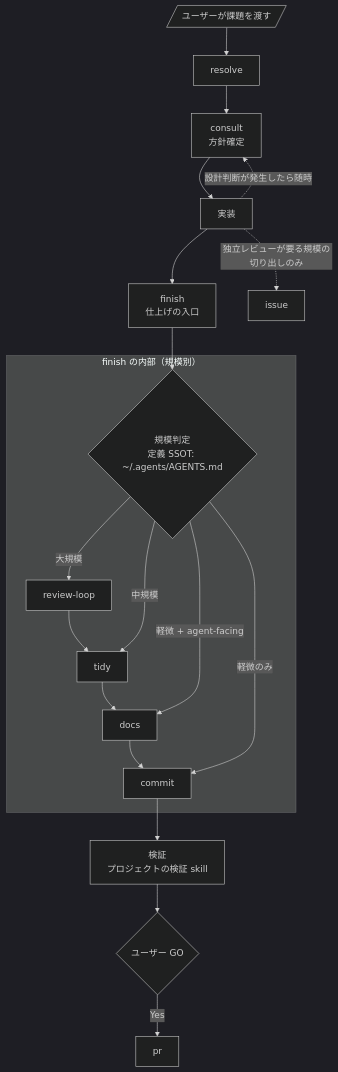
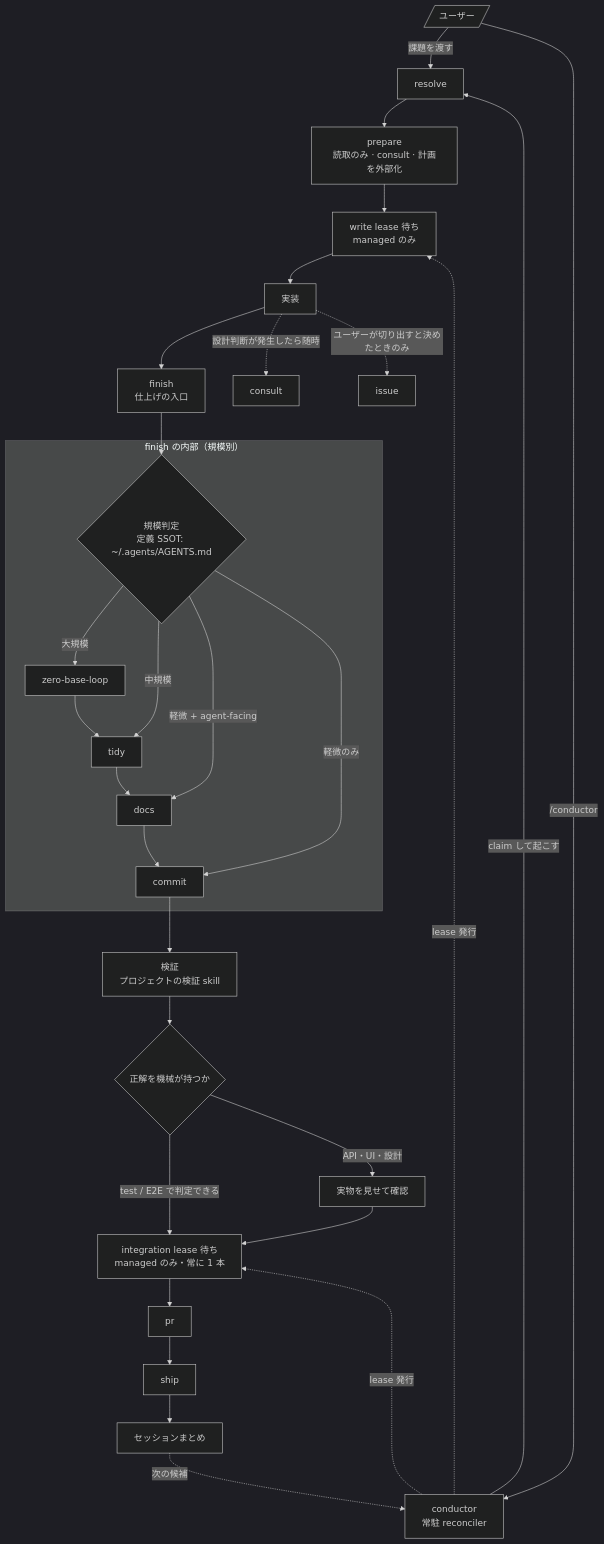
Before and after one commit to usagizmo/agentfiles: the second of 4 diagrams in agents/skills/README.md, drawn with Mermaid (dark theme). The commit also changed other lines of this file and 11 other files, not shown here.

````diff
--- a/agents/skills/README.md
+++ b/agents/skills/README.md
@@ -30,25 +98,35 @@
 ```mermaid
 flowchart TD
-    U[/ユーザーが課題を渡す/] --> W[resolve]
-    W --> C[consult<br/>方針確定]
-    C --> I[実装]
+    U[/ユーザー/] -->|課題を渡す| W[resolve]
+    U -->|/conductor| AP[conductor<br/>常駐 reconciler]
+    AP -->|claim して起こす| W
+
+    W --> P[prepare<br/>読取のみ · consult · 計画を外部化]
+    P --> WW[write lease 待ち<br/>managed のみ]
+    WW --> I[実装]
     I --> F[finish<br/>仕上げの入口]
 
     F --> S{"規模判定<br/>定義 SSOT: ~/.agents/AGENTS.md"}
 
     subgraph FIN["finish の内部（規模別）"]
-        S -->|大規模| RL[review-loop] --> T[tidy]
+        S -->|大規模| RL[zero-base-loop] --> T[tidy]
         S -->|中規模| T
         T --> D[docs]
         S -->|軽微 + agent-facing| D
         D --> CM[commit]
         S -->|軽微のみ| CM
     end
 
     CM --> V[検証<br/>プロジェクトの検証 skill]
-    V --> GO{ユーザー GO}
-    GO -->|Yes| PR[pr]
+    V --> CK{正解を機械が持つか}
+    CK -->|test / E2E で判定できる| IW
+    CK -->|API・UI・設計| SHOW[実物を見せて確認]
+    SHOW --> IW[integration lease 待ち<br/>managed のみ・常に 1 本]
+    IW --> PR[pr] --> SH[ship] --> RP[セッションまとめ]
+    RP -.次の候補.-> AP
 
-    I -.設計判断が発生したら随時.-> C
-    I -.独立レビューが要る規模の切り出しのみ.-> IS[issue]
+    AP -.lease 発行.-> WW
+    AP -.lease 発行.-> IW
+    I -.設計判断が発生したら随時.-> C[consult]
+    I -.ユーザーが切り出すと決めたときのみ.-> IS[issue]
 ```
````
